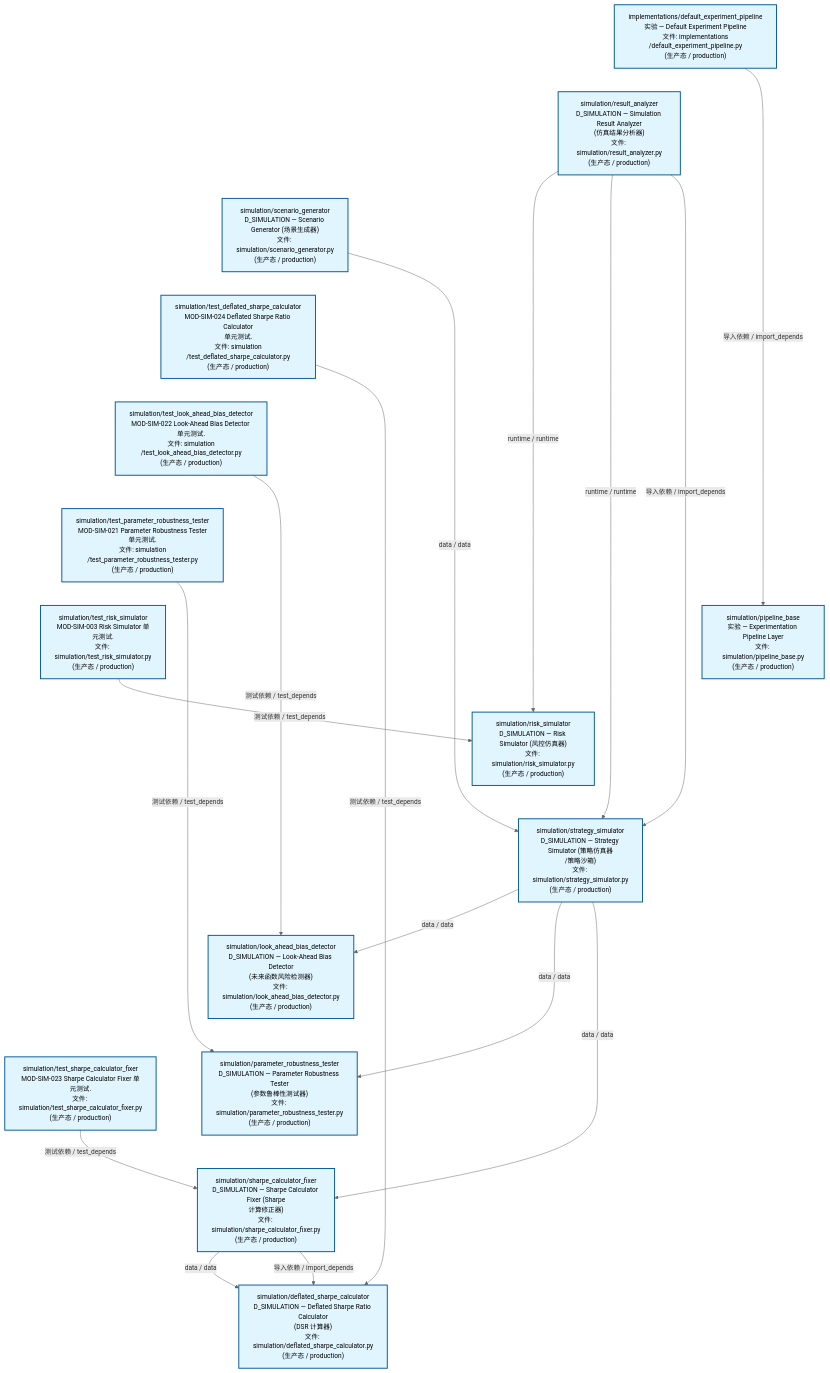
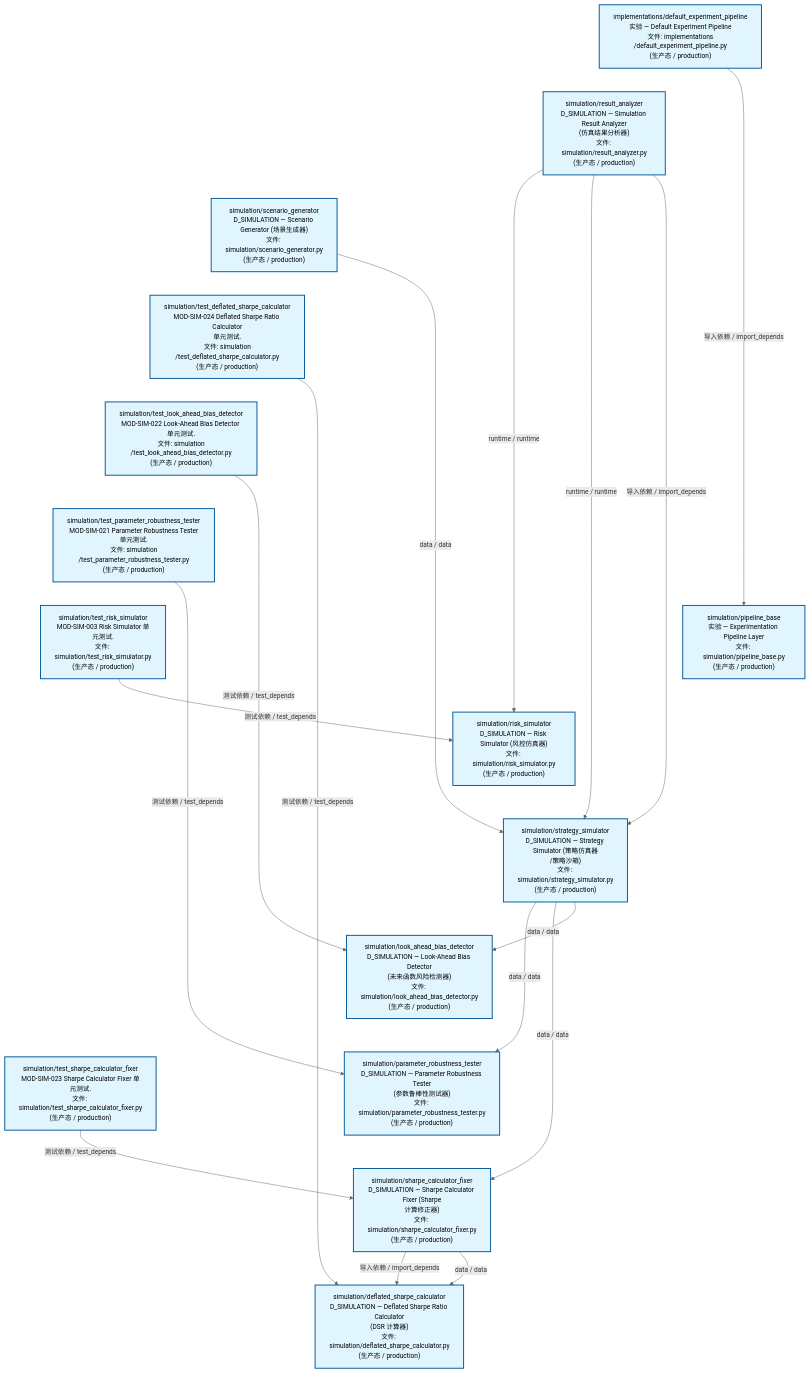
Before and after one commit to xuanFelixVan/ZephyrAlpha: the second of 3 diagrams in docs/02_enterprise_architecture/02_domain_architecture_docs/70_d_simulation.md, drawn with Mermaid. The commit also changed other lines of this file and 45 other files, not shown here.

````diff
--- a/docs/02_enterprise_architecture/02_domain_architecture_docs/70_d_simulation.md
+++ b/docs/02_enterprise_architecture/02_domain_architecture_docs/70_d_simulation.md
@@ -123,50 +123,50 @@
 ```mermaid
 %%{init: {'theme': 'base', 'themeVariables': {'primaryColor': '#eaeaea', 'primaryTextColor': '#333333', 'primaryBorderColor': '#666666', 'lineColor': '#666666', 'secondaryColor': '#eaeaea', 'tertiaryColor': '#eaeaea', 'fontSize': '14px'}}}%%
 flowchart TD
     src_zephyr_simulation_implementations_default_experiment_pipeline_py["implementations/default_experiment_pipeline<br/>实验 — Default Experiment Pipeline<br/>文件: implementations<br/>/default_experiment_pipeline.py<br/>(生产态 / production)"]
     src_zephyr_simulation_result_analyzer_py["simulation/result_analyzer<br/>D_SIMULATION — Simulation Result Analyzer<br/>(仿真结果分析器)<br/>文件: simulation/result_analyzer.py<br/>(生产态 / production)"]
     src_zephyr_simulation_scenario_generator_py["simulation/scenario_generator<br/>D_SIMULATION — Scenario Generator (场景生成器)<br/>文件: simulation/scenario_generator.py<br/>(生产态 / production)"]
     tests_simulation_test_deflated_sharpe_calculator_py["simulation/test_deflated_sharpe_calculator<br/>MOD-SIM-024 Deflated Sharpe Ratio Calculator<br/>单元测试.<br/>文件: simulation<br/>/test_deflated_sharpe_calculator.py<br/>(生产态 / production)"]
     tests_simulation_test_look_ahead_bias_detector_py["simulation/test_look_ahead_bias_detector<br/>MOD-SIM-022 Look-Ahead Bias Detector 单元测试.<br/>文件: simulation<br/>/test_look_ahead_bias_detector.py<br/>(生产态 / production)"]
     tests_simulation_test_parameter_robustness_tester_py["simulation/test_parameter_robustness_tester<br/>MOD-SIM-021 Parameter Robustness Tester<br/>单元测试.<br/>文件: simulation<br/>/test_parameter_robustness_tester.py<br/>(生产态 / production)"]
     tests_simulation_test_risk_simulator_py["simulation/test_risk_simulator<br/>MOD-SIM-003 Risk Simulator 单元测试.<br/>文件: simulation/test_risk_simulator.py<br/>(生产态 / production)"]
     tests_simulation_test_sharpe_calculator_fixer_py["simulation/test_sharpe_calculator_fixer<br/>MOD-SIM-023 Sharpe Calculator Fixer 单元测试.<br/>文件: simulation/test_sharpe_calculator_fixer.py<br/>(生产态 / production)"]
     src_zephyr_simulation_implementations_default_experiment_pipeline_py ~~~ src_zephyr_simulation_result_analyzer_py
     src_zephyr_simulation_result_analyzer_py ~~~ src_zephyr_simulation_scenario_generator_py
     src_zephyr_simulation_scenario_generator_py ~~~ tests_simulation_test_deflated_sharpe_calculator_py
     tests_simulation_test_deflated_sharpe_calculator_py ~~~ tests_simulation_test_look_ahead_bias_detector_py
     tests_simulation_test_look_ahead_bias_detector_py ~~~ tests_simulation_test_parameter_robustness_tester_py
     tests_simulation_test_parameter_robustness_tester_py ~~~ tests_simulation_test_risk_simulator_py
     tests_simulation_test_risk_simulator_py ~~~ tests_simulation_test_sharpe_calculator_fixer_py
     src_zephyr_simulation_pipeline_base_py["simulation/pipeline_base<br/>实验 — Experimentation Pipeline Layer<br/>文件: simulation/pipeline_base.py<br/>(生产态 / production)"]
     src_zephyr_simulation_risk_simulator_py["simulation/risk_simulator<br/>D_SIMULATION — Risk Simulator (风控仿真器)<br/>文件: simulation/risk_simulator.py<br/>(生产态 / production)"]
     src_zephyr_simulation_strategy_simulator_py["simulation/strategy_simulator<br/>D_SIMULATION — Strategy Simulator (策略仿真器<br/>/策略沙箱)<br/>文件: simulation/strategy_simulator.py<br/>(生产态 / production)"]
     src_zephyr_simulation_pipeline_base_py ~~~ src_zephyr_simulation_risk_simulator_py
     src_zephyr_simulation_risk_simulator_py ~~~ src_zephyr_simulation_strategy_simulator_py
     src_zephyr_simulation_look_ahead_bias_detector_py["simulation/look_ahead_bias_detector<br/>D_SIMULATION — Look-Ahead Bias Detector<br/>(未来函数风险检测器)<br/>文件: simulation/look_ahead_bias_detector.py<br/>(生产态 / production)"]
     src_zephyr_simulation_parameter_robustness_tester_py["simulation/parameter_robustness_tester<br/>D_SIMULATION — Parameter Robustness Tester<br/>(参数鲁棒性测试器)<br/>文件: simulation/parameter_robustness_tester.py<br/>(生产态 / production)"]
     src_zephyr_simulation_sharpe_calculator_fixer_py["simulation/sharpe_calculator_fixer<br/>D_SIMULATION — Sharpe Calculator Fixer (Sharpe<br/>计算修正器)<br/>文件: simulation/sharpe_calculator_fixer.py<br/>(生产态 / production)"]
     src_zephyr_simulation_look_ahead_bias_detector_py ~~~ src_zephyr_simulation_parameter_robustness_tester_py
     src_zephyr_simulation_parameter_robustness_tester_py ~~~ src_zephyr_simulation_sharpe_calculator_fixer_py
     src_zephyr_simulation_deflated_sharpe_calculator_py["simulation/deflated_sharpe_calculator<br/>D_SIMULATION — Deflated Sharpe Ratio Calculator<br/>(DSR 计算器)<br/>文件: simulation/deflated_sharpe_calculator.py<br/>(生产态 / production)"]
     src_zephyr_simulation_result_analyzer_py -->|runtime / runtime| src_zephyr_simulation_risk_simulator_py
     src_zephyr_simulation_result_analyzer_py -->|runtime / runtime| src_zephyr_simulation_strategy_simulator_py
     src_zephyr_simulation_result_analyzer_py -->|导入依赖 / import_depends| src_zephyr_simulation_strategy_simulator_py
-    src_zephyr_simulation_strategy_simulator_py -->|data / data| src_zephyr_simulation_look_ahead_bias_detector_py
     src_zephyr_simulation_strategy_simulator_py -->|data / data| src_zephyr_simulation_parameter_robustness_tester_py
     src_zephyr_simulation_strategy_simulator_py -->|data / data| src_zephyr_simulation_sharpe_calculator_fixer_py
+    src_zephyr_simulation_strategy_simulator_py -->|data / data| src_zephyr_simulation_look_ahead_bias_detector_py
+    src_zephyr_simulation_sharpe_calculator_fixer_py -->|导入依赖 / import_depends| src_zephyr_simulation_deflated_sharpe_calculator_py
+    src_zephyr_simulation_sharpe_calculator_fixer_py -->|data / data| src_zephyr_simulation_deflated_sharpe_calculator_py
     src_zephyr_simulation_scenario_generator_py -->|data / data| src_zephyr_simulation_strategy_simulator_py
     src_zephyr_simulation_implementations_default_experiment_pipeline_py -->|导入依赖 / import_depends| src_zephyr_simulation_pipeline_base_py
-    src_zephyr_simulation_sharpe_calculator_fixer_py -->|data / data| src_zephyr_simulation_deflated_sharpe_calculator_py
-    src_zephyr_simulation_sharpe_calculator_fixer_py -->|导入依赖 / import_depends| src_zephyr_simulation_deflated_sharpe_calculator_py
+    tests_simulation_test_deflated_sharpe_calculator_py -->|测试依赖 / test_depends| src_zephyr_simulation_deflated_sharpe_calculator_py
     tests_simulation_test_parameter_robustness_tester_py -->|测试依赖 / test_depends| src_zephyr_simulation_parameter_robustness_tester_py
-    tests_simulation_test_deflated_sharpe_calculator_py -->|测试依赖 / test_depends| src_zephyr_simulation_deflated_sharpe_calculator_py
     tests_simulation_test_look_ahead_bias_detector_py -->|测试依赖 / test_depends| src_zephyr_simulation_look_ahead_bias_detector_py
     tests_simulation_test_risk_simulator_py -->|测试依赖 / test_depends| src_zephyr_simulation_risk_simulator_py
     tests_simulation_test_sharpe_calculator_fixer_py -->|测试依赖 / test_depends| src_zephyr_simulation_sharpe_calculator_fixer_py
     classDef production fill:#e1f5fe,stroke:#01579b,stroke-width:2px,color:#000
     classDef design fill:#fff3e0,stroke:#e65100,stroke-width:2px,color:#000,stroke-dasharray: 5 5
     classDef external_prod fill:#e8f4fd,stroke:#0277bd,stroke-width:1px,color:#000
     classDef external_design fill:#fff8e7,stroke:#ef6c00,stroke-width:1px,color:#000,stroke-dasharray: 5 5
     class src_zephyr_simulation_deflated_sharpe_calculator_py,src_zephyr_simulation_implementations_default_experiment_pipeline_py,src_zephyr_simulation_look_ahead_bias_detector_py,src_zephyr_simulation_parameter_robustness_tester_py,src_zephyr_simulation_pipeline_base_py,src_zephyr_simulation_result_analyzer_py,src_zephyr_simulation_risk_simulator_py,src_zephyr_simulation_scenario_generator_py,src_zephyr_simulation_sharpe_calculator_fixer_py,src_zephyr_simulation_strategy_simulator_py,tests_simulation_test_deflated_sharpe_calculator_py,tests_simulation_test_look_ahead_bias_detector_py,tests_simulation_test_parameter_robustness_tester_py,tests_simulation_test_risk_simulator_py,tests_simulation_test_sharpe_calculator_fixer_py production
 ```
````
